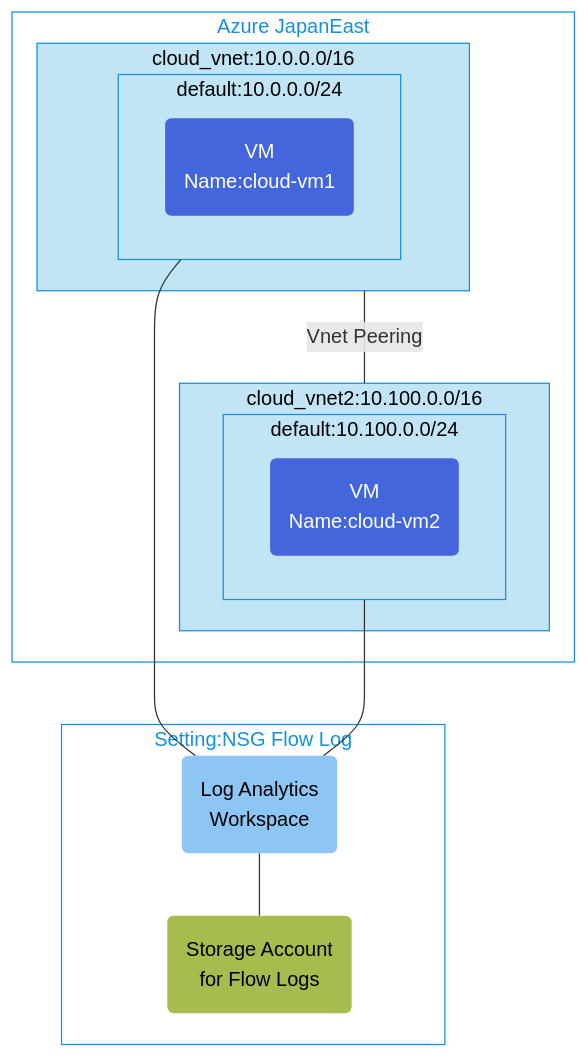
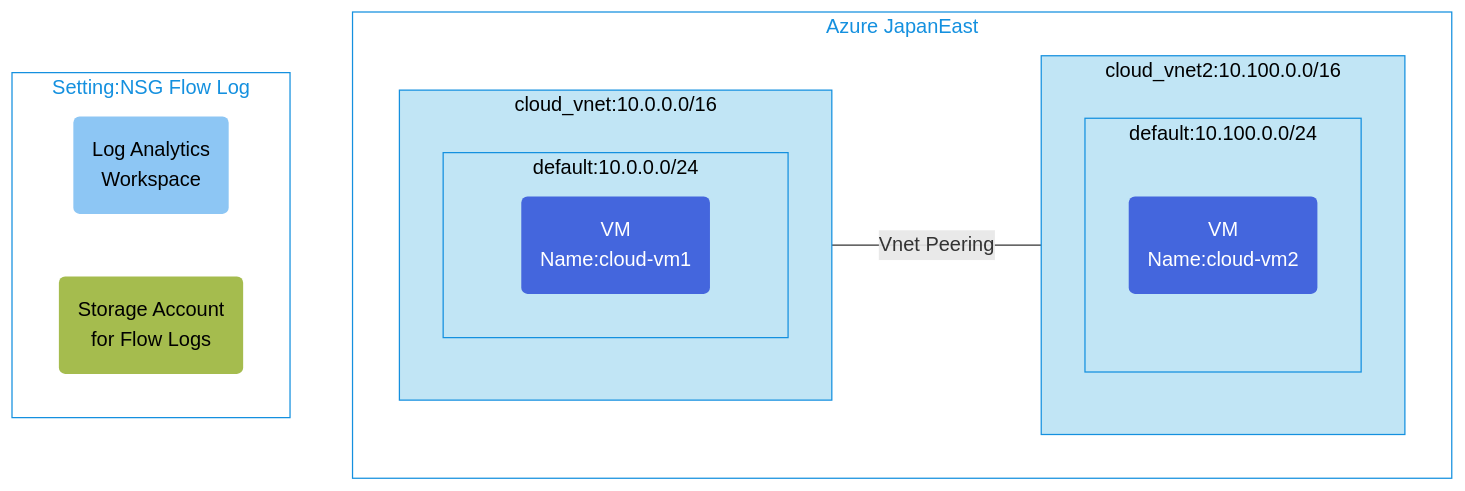
One commit to toizumi03/bicep-templates changed the diagram in nsg-flowlog-v2v-env/README.md. Above: the diagram before and after it, drawn with Mermaid.

````diff
--- a/nsg-flowlog-v2v-env/README.md
+++ b/nsg-flowlog-v2v-env/README.md
@@ -4,48 +4,45 @@
 ```mermaid
 graph TB;
 %% Groups and Services
 subgraph GR1[Azure JapanEast]
   subgraph GV1[cloud_vnet:10.0.0.0/16]
       subgraph GVS1[default:10.0.0.0/24]
         CP1("VM<br/>Name:cloud-vm1")
       end
 end
   subgraph GV2[cloud_vnet2:10.100.0.0/16]
       subgraph GVS3[default:10.100.0.0/24]
         CP2("VM<br/>Name:cloud-vm2")
       end
 end
 end
 
 subgraph GR3[Setting:NSG Flow Log]
   LogAnalytics("Log Analytics<br/>Workspace")
   Storage("Storage Account<br/>for Flow Logs")
 end
 
 %% Relation for resources
 GV1 --Vnet Peering--- GV2
-GVS1 --- LogAnalytics
-GVS3 --- LogAnalytics
-LogAnalytics --- Storage
 
 %% Groups style
 classDef GSR fill:#fff,color:#1490df,stroke:#1490df
 class GR1,GR2,GR3 GSR
 
 classDef SGV1 fill:#c1e5f5,color:#000,stroke:#1490df
 class GV1,GV2,GV3,GVS1,GVS2,GVS3,GVS4 SGV1
  
 %% Service Style
 classDef SCP fill:#4466dd,color:#fff,stroke:none
 class CP1,CP2,CP3 SCP
 
 classDef SVPNGW fill:#57d1ed,color:#000,stroke:none
 class ERGW1 SVPNGW
 
 classDef SVLogAnalytics fill:#8dc6f4,color:#000,stroke:none
 class LogAnalytics SVLogAnalytics
 
 classDef SVStorage fill:#a5bc4e,color:#000,stroke:none
 class Storage SVStorage
 
 ```
````
